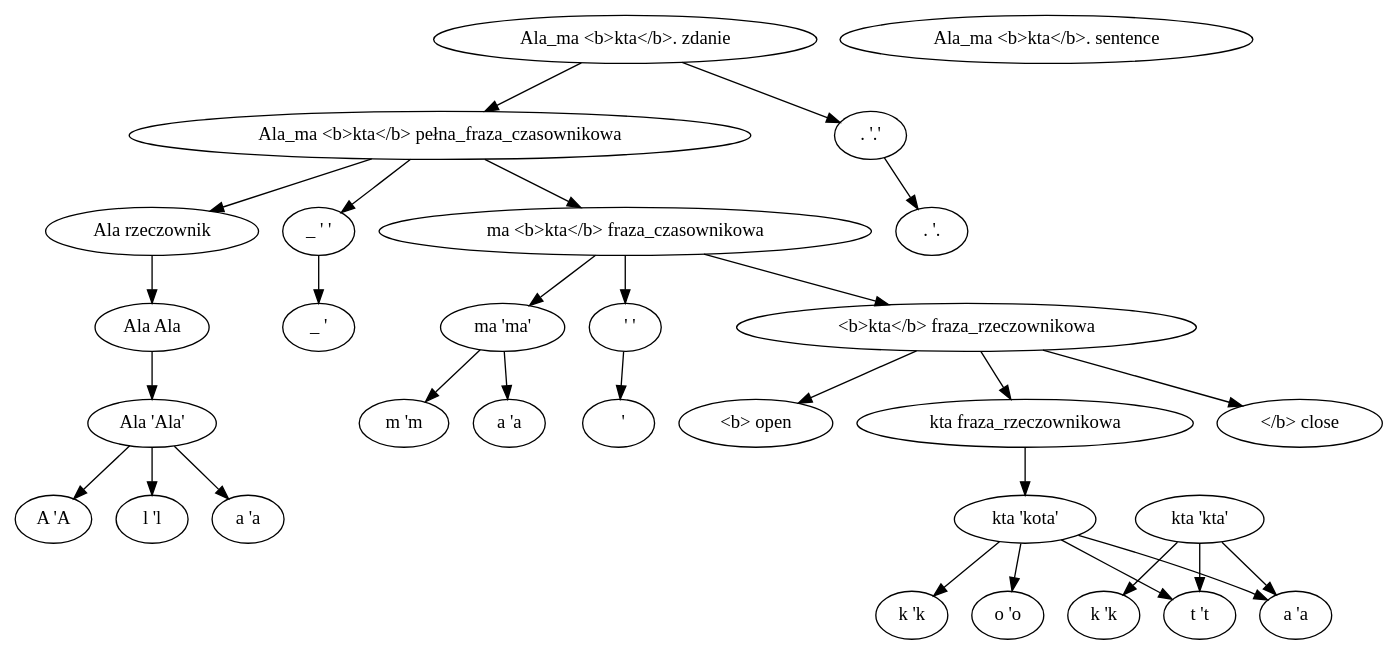
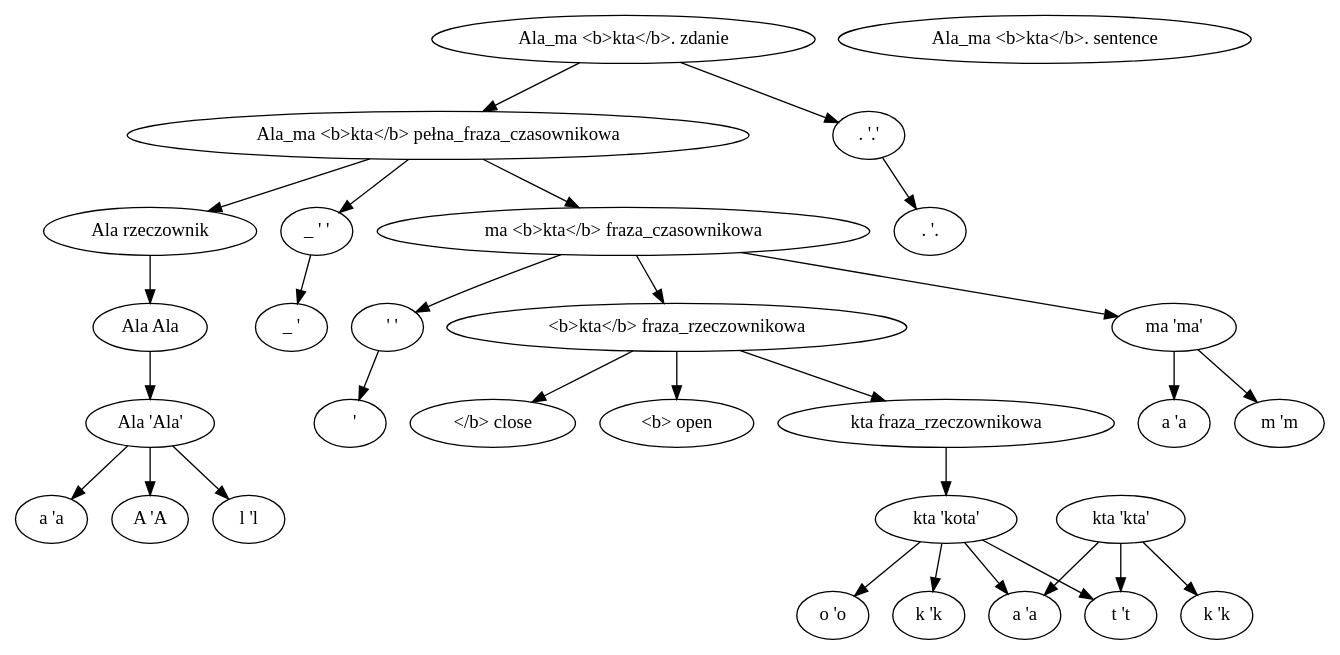
The diagram in formats/gv/m/tree-whole/pl_sample_nocomments.out.dot (mareksz/psi-toolkit), drawn with Graphviz before and after one commit. The commit also changed 18 other files, not shown here.

```diff
--- a/formats/gv/m/tree-whole/pl_sample_nocomments.out.dot
+++ b/formats/gv/m/tree-whole/pl_sample_nocomments.out.dot
@@ -1,64 +1,63 @@
 digraph g {
+	graph [rankdir=TB];
 	node [label="\N"];
-	graph [rankdir=TB,
-		ordering=out];
-	1 [label="A 'A"];
-	2 [label="l 'l"];
-	3 [label="a 'a"];
-	4 [label="Ala 'Ala'"];
-	5 [label="Ala Ala"];
-	6 [label="Ala rzeczownik"];
-	7 [label="_ ' "];
-	8 [label="_ ' '"];
-	9 [label="m 'm"];
-	10 [label="a 'a"];
-	11 [label="ma 'ma'"];
-	12 [label="&nbsp; ' "];
-	13 [label="&nbsp; ' '"];
-	14 [label="<b> open"];
-	15 [label="k 'k"];
-	16 [label="k 'k"];
-	17 [label="o 'o"];
-	18 [label="t 't"];
-	19 [label="a 'a"];
-	20 [label="kta 'kta'"];
-	21 [label="kta 'kota'"];
-	22 [label="kta fraza_rzeczownikowa"];
-	23 [label="</b> close"];
-	24 [label="<b>kta</b> fraza_rzeczownikowa"];
-	25 [label="ma&nbsp;<b>kta</b> fraza_czasownikowa"];
-	26 [label="Ala_ma&nbsp;<b>kta</b> pełna_fraza_czasownikowa"];
-	27 [label=". '."];
-	28 [label=". '.'"];
-	29 [label="Ala_ma&nbsp;<b>kta</b>. sentence"];
-	30 [label="Ala_ma&nbsp;<b>kta</b>. zdanie"];
+	1	 [label="A 'A"];
+	2	 [label="l 'l"];
+	3	 [label="a 'a"];
+	4	 [label="Ala 'Ala'"];
 	4 -> 1;
 	4 -> 2;
 	4 -> 3;
+	5	 [label="Ala Ala"];
 	5 -> 4;
+	6	 [label="Ala rzeczownik"];
 	6 -> 5;
+	7	 [label="_ ' "];
+	8	 [label="_ ' '"];
 	8 -> 7;
+	9	 [label="m 'm"];
+	10	 [label="a 'a"];
+	11	 [label="ma 'ma'"];
 	11 -> 9;
 	11 -> 10;
+	12	 [label="&nbsp; ' "];
+	13	 [label="&nbsp; ' '"];
 	13 -> 12;
+	14	 [label="<b> open"];
+	15	 [label="k 'k"];
+	16	 [label="k 'k"];
+	17	 [label="o 'o"];
+	18	 [label="t 't"];
+	19	 [label="a 'a"];
+	20	 [label="kta 'kta'"];
 	20 -> 16;
 	20 -> 18;
 	20 -> 19;
+	21	 [label="kta 'kota'"];
 	21 -> 15;
 	21 -> 17;
 	21 -> 18;
 	21 -> 19;
+	22	 [label="kta fraza_rzeczownikowa"];
 	22 -> 21;
+	23	 [label="</b> close"];
+	24	 [label="<b>kta</b> fraza_rzeczownikowa"];
 	24 -> 14;
 	24 -> 22;
 	24 -> 23;
+	25	 [label="ma&nbsp;<b>kta</b> fraza_czasownikowa"];
 	25 -> 11;
 	25 -> 13;
 	25 -> 24;
+	26	 [label="Ala_ma&nbsp;<b>kta</b> pełna_fraza_czasownikowa"];
 	26 -> 6;
 	26 -> 8;
 	26 -> 25;
+	27	 [label=". '."];
+	28	 [label=". '.'"];
 	28 -> 27;
+	29	 [label="Ala_ma&nbsp;<b>kta</b>. sentence"];
+	30	 [label="Ala_ma&nbsp;<b>kta</b>. zdanie"];
 	30 -> 26;
 	30 -> 28;
 }
```
